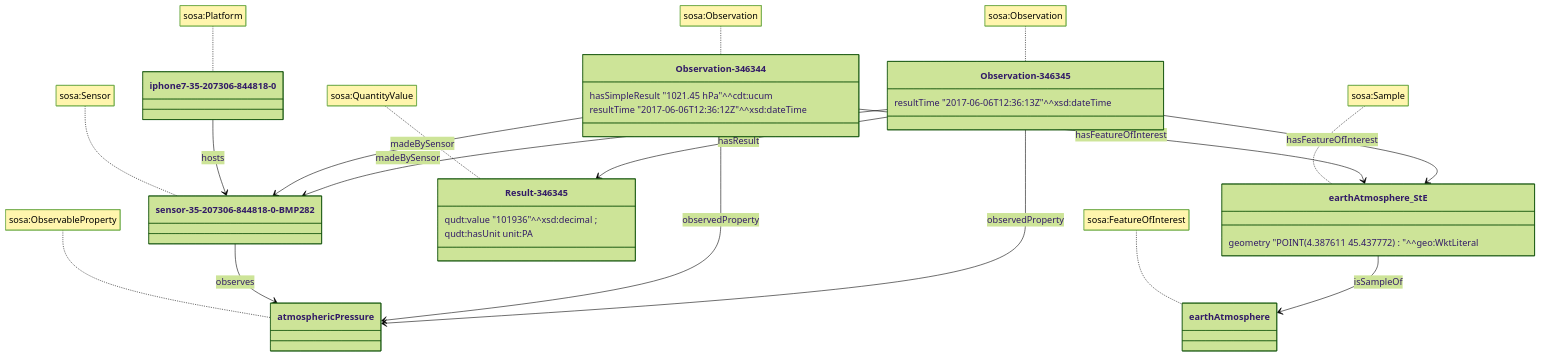
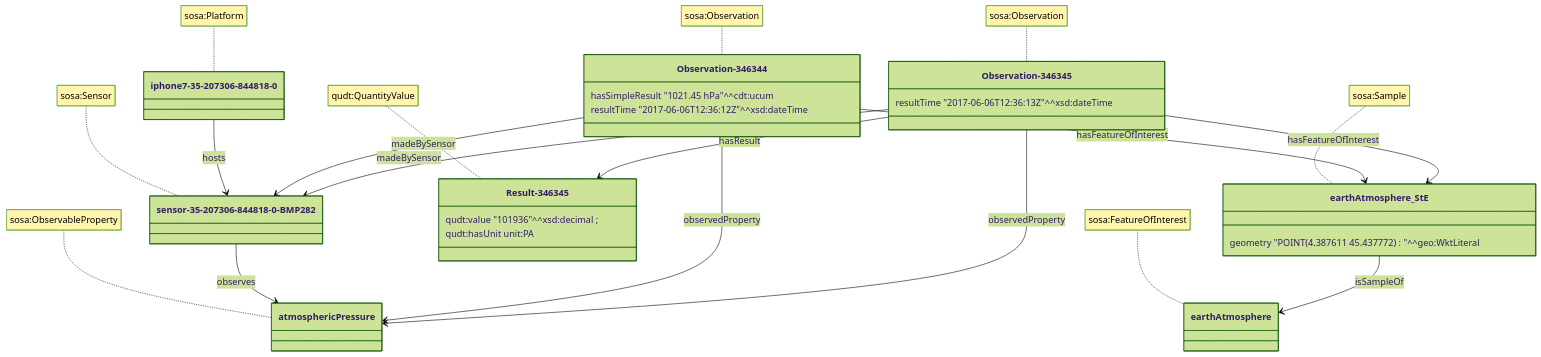
One commit to DataCoveEU/FAIRiTRASH changed the diagram in Test/Example.md. Above: the diagram before and after it, drawn with Mermaid (forest theme).

````diff
--- a/Test/Example.md
+++ b/Test/Example.md
@@ -4,48 +4,48 @@
 ```mermaid
 classDiagram
    class earthAtmosphere{
     }
     note for earthAtmosphere "sosa:FeatureOfInterest"
     class earthAtmosphere_StE{
       geometry "POINT (4.387611 45.437772)"^^geo:WktLiteral
     }
     note for earthAtmosphere_StE "sosa:Sample"
    earthAtmosphere_StE --> earthAtmosphere: isSampleOf
 
     class atmosphericPressure{
     }
     note for atmosphericPressure "sosa:ObservableProperty"
     class iphone7-35-207306-844818-0{
     }
     note for iphone7-35-207306-844818-0 "sosa:Platform"
     class sensor-35-207306-844818-0-BMP282{
     }
     note for sensor-35-207306-844818-0-BMP282 "sosa:Sensor"
    iphone7-35-207306-844818-0 --> sensor-35-207306-844818-0-BMP282: hosts
    sensor-35-207306-844818-0-BMP282 --> atmosphericPressure: observes
 
     class Observation-346344{
       hasSimpleResult "1021.45 hPa"^^cdt:ucum
       resultTime "2017-06-06T12:36:12Z"^^xsd:dateTime
     }
     note for Observation-346344 "sosa:Observation"
     Observation-346344 --> atmosphericPressure: observedProperty
     Observation-346344 --> earthAtmosphere_StE: hasFeatureOfInterest
     Observation-346344 --> sensor-35-207306-844818-0-BMP282: madeBySensor
 
     class Observation-346345{
       resultTime "2017-06-06T12:36:13Z"^^xsd:dateTime
     }
     note for Observation-346345 "sosa:Observation"
    class Result-346345{
       qudt:value "101936"^^xsd:decimal ;
       qudt:hasUnit unit:PA
    }
-    note for Result-346345 "sosa:QuantityValue"
+    note for Result-346345 "qudt:QuantityValue"
     Observation-346345 --> atmosphericPressure: observedProperty
     Observation-346345 --> earthAtmosphere_StE: hasFeatureOfInterest
     Observation-346345 --> sensor-35-207306-844818-0-BMP282: madeBySensor
     Observation-346345 --> Result-346345: hasResult
 
 
 ```
````
